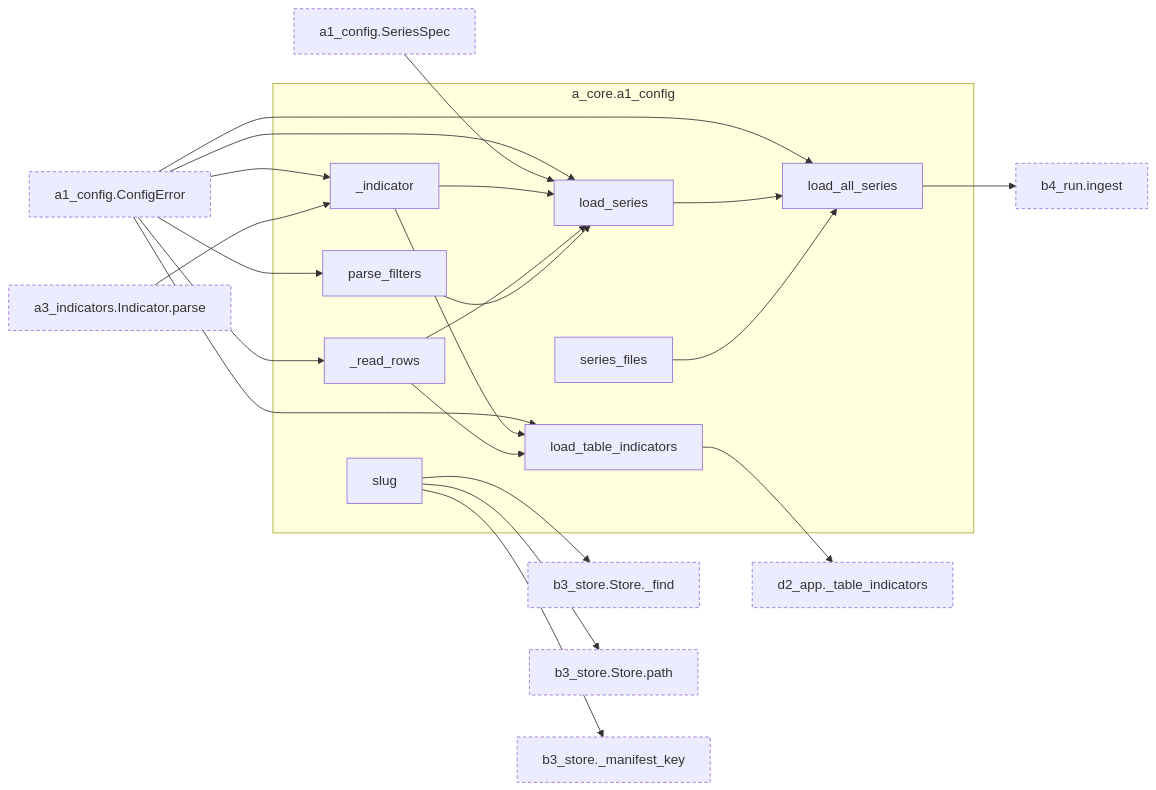
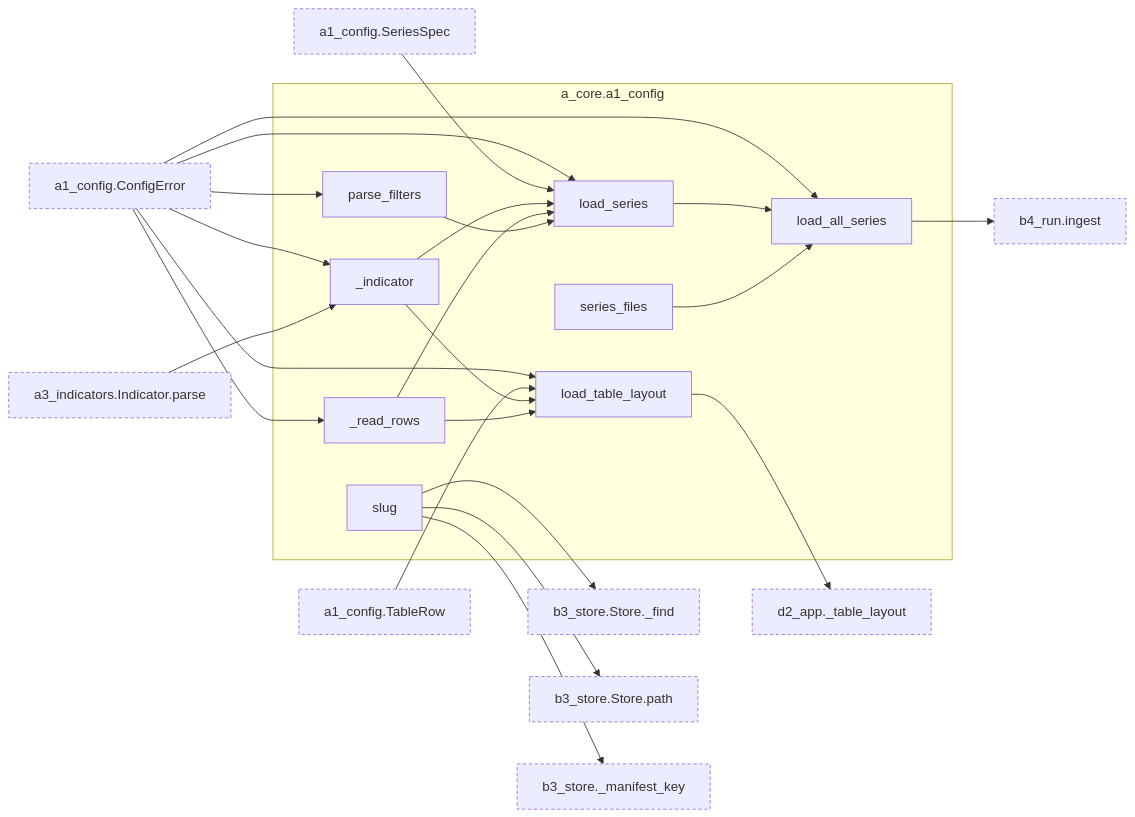
The third of 15 diagrams in docs/architecture.md (bsawyerg15/MacroScan), drawn with Mermaid before and after one commit. The commit also changed other lines of this file and 6 other files, not shown here.

````diff
--- a/docs/architecture.md
+++ b/docs/architecture.md
@@ -254,58 +263,61 @@
 ```mermaid
 flowchart LR
   subgraph this["a_core.a1_config"]
     n_a_core_a1_config__indicator["_indicator"]
     n_a_core_a1_config__read_rows["_read_rows"]
     n_a_core_a1_config_load_all_series["load_all_series"]
     n_a_core_a1_config_load_series["load_series"]
-    n_a_core_a1_config_load_table_indicators["load_table_indicators"]
+    n_a_core_a1_config_load_table_layout["load_table_layout"]
     n_a_core_a1_config_parse_filters["parse_filters"]
     n_a_core_a1_config_series_files["series_files"]
     n_a_core_a1_config_slug["slug"]
   end
   n_a_core_a1_config_ConfigError["a1_config.ConfigError"]:::ext
   n_a_core_a1_config_SeriesSpec["a1_config.SeriesSpec"]:::ext
+  n_a_core_a1_config_TableRow["a1_config.TableRow"]:::ext
   n_a_core_a3_indicators_Indicator_parse["a3_indicators.Indicator.parse"]:::ext
   n_b_ingest_b3_store_Store__find["b3_store.Store._find"]:::ext
   n_b_ingest_b3_store_Store_path["b3_store.Store.path"]:::ext
   n_b_ingest_b3_store__manifest_key["b3_store._manifest_key"]:::ext
   n_b_ingest_b4_run_ingest["b4_run.ingest"]:::ext
-  n_d_visualization_d2_app__table_indicators["d2_app._table_indicators"]:::ext
+  n_d_visualization_d2_app__table_layout["d2_app._table_layout"]:::ext
   n_a_core_a1_config_ConfigError --> n_a_core_a1_config__indicator
   n_a_core_a3_indicators_Indicator_parse --> n_a_core_a1_config__indicator
   n_a_core_a1_config_ConfigError --> n_a_core_a1_config__read_rows
   n_a_core_a1_config_ConfigError --> n_a_core_a1_config_load_all_series
   n_a_core_a1_config_load_series --> n_a_core_a1_config_load_all_series
   n_a_core_a1_config_series_files --> n_a_core_a1_config_load_all_series
   n_a_core_a1_config_ConfigError --> n_a_core_a1_config_load_series
   n_a_core_a1_config_SeriesSpec --> n_a_core_a1_config_load_series
   n_a_core_a1_config__indicator --> n_a_core_a1_config_load_series
   n_a_core_a1_config__read_rows --> n_a_core_a1_config_load_series
   n_a_core_a1_config_parse_filters --> n_a_core_a1_config_load_series
-  n_a_core_a1_config_ConfigError --> n_a_core_a1_config_load_table_indicators
-  n_a_core_a1_config__indicator --> n_a_core_a1_config_load_table_indicators
-  n_a_core_a1_config__read_rows --> n_a_core_a1_config_load_table_indicators
+  n_a_core_a1_config_ConfigError --> n_a_core_a1_config_load_table_layout
+  n_a_core_a1_config_TableRow --> n_a_core_a1_config_load_table_layout
+  n_a_core_a1_config__indicator --> n_a_core_a1_config_load_table_layout
+  n_a_core_a1_config__read_rows --> n_a_core_a1_config_load_table_layout
   n_a_core_a1_config_ConfigError --> n_a_core_a1_config_parse_filters
   n_a_core_a1_config_slug --> n_b_ingest_b3_store_Store__find
   n_a_core_a1_config_slug --> n_b_ingest_b3_store_Store_path
   n_a_core_a1_config_slug --> n_b_ingest_b3_store__manifest_key
   n_a_core_a1_config_load_all_series --> n_b_ingest_b4_run_ingest
-  n_a_core_a1_config_load_table_indicators --> n_d_visualization_d2_app__table_indicators
+  n_a_core_a1_config_load_table_layout --> n_d_visualization_d2_app__table_layout
   click n_a_core_a1_config_ConfigError href "#cls-ConfigError"
   click n_a_core_a1_config_SeriesSpec href "#cls-SeriesSpec"
+  click n_a_core_a1_config_TableRow href "#cls-TableRow"
   click n_a_core_a1_config__indicator href "#fn-a_core-a1_config-_indicator"
   click n_a_core_a1_config__read_rows href "#fn-a_core-a1_config-_read_rows"
   click n_a_core_a1_config_load_all_series href "#fn-a_core-a1_config-load_all_series"
   click n_a_core_a1_config_load_series href "#fn-a_core-a1_config-load_series"
-  click n_a_core_a1_config_load_table_indicators href "#fn-a_core-a1_config-load_table_indicators"
+  click n_a_core_a1_config_load_table_layout href "#fn-a_core-a1_config-load_table_layout"
   click n_a_core_a1_config_parse_filters href "#fn-a_core-a1_config-parse_filters"
   click n_a_core_a1_config_series_files href "#fn-a_core-a1_config-series_files"
   click n_a_core_a1_config_slug href "#fn-a_core-a1_config-slug"
   click n_a_core_a3_indicators_Indicator_parse href "#fn-a_core-a3_indicators-Indicator.parse"
   click n_b_ingest_b3_store_Store__find href "#fn-b_ingest-b3_store-Store._find"
   click n_b_ingest_b3_store_Store_path href "#fn-b_ingest-b3_store-Store.path"
   click n_b_ingest_b3_store__manifest_key href "#fn-b_ingest-b3_store-_manifest_key"
   click n_b_ingest_b4_run_ingest href "#fn-b_ingest-b4_run-ingest"
-  click n_d_visualization_d2_app__table_indicators href "#fn-d_visualization-d2_app-_table_indicators"
+  click n_d_visualization_d2_app__table_layout href "#fn-d_visualization-d2_app-_table_layout"
   classDef ext stroke-dasharray: 4 3
 ```
````
